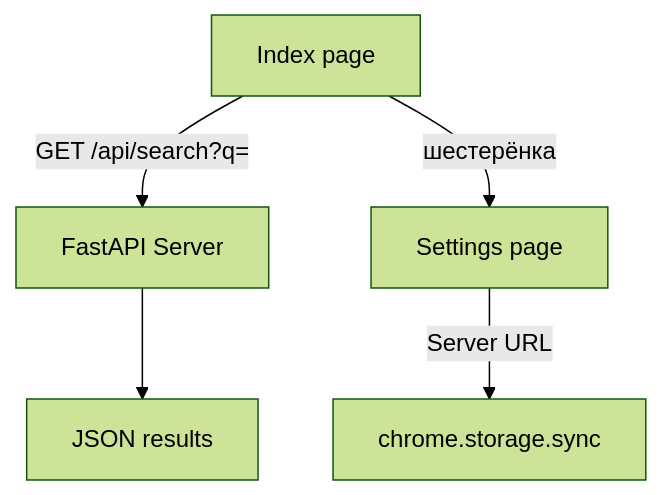
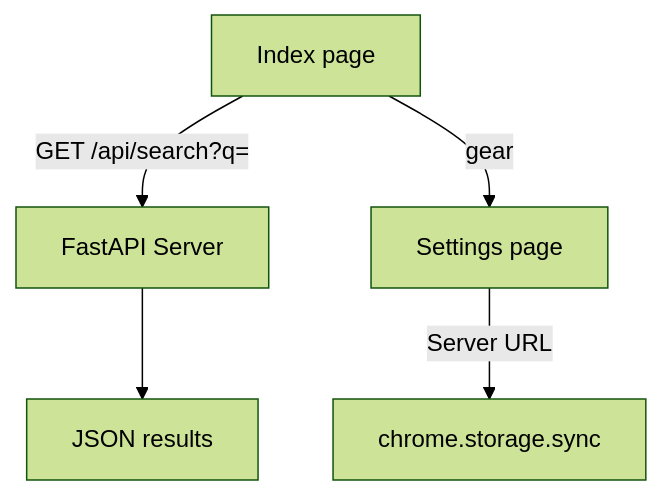
Before and after one commit to OlegUshakov-pl/APEX-Snap-Chrome-Extension: the diagram in README.md, drawn with Mermaid (forest theme). The commit also changed other lines of this file, not shown here.

````diff
--- a/README.md
+++ b/README.md
@@ -70,7 +70,7 @@
 ```mermaid
 graph TD
     A[Index page] -->|GET /api/search?q=| B[FastAPI Server]
     B --> C[JSON results]
-    A -->|шестерёнка| D[Settings page]
+    A -->|gear| D[Settings page]
     D -->|Server URL| E[chrome.storage.sync]
 ```
````
